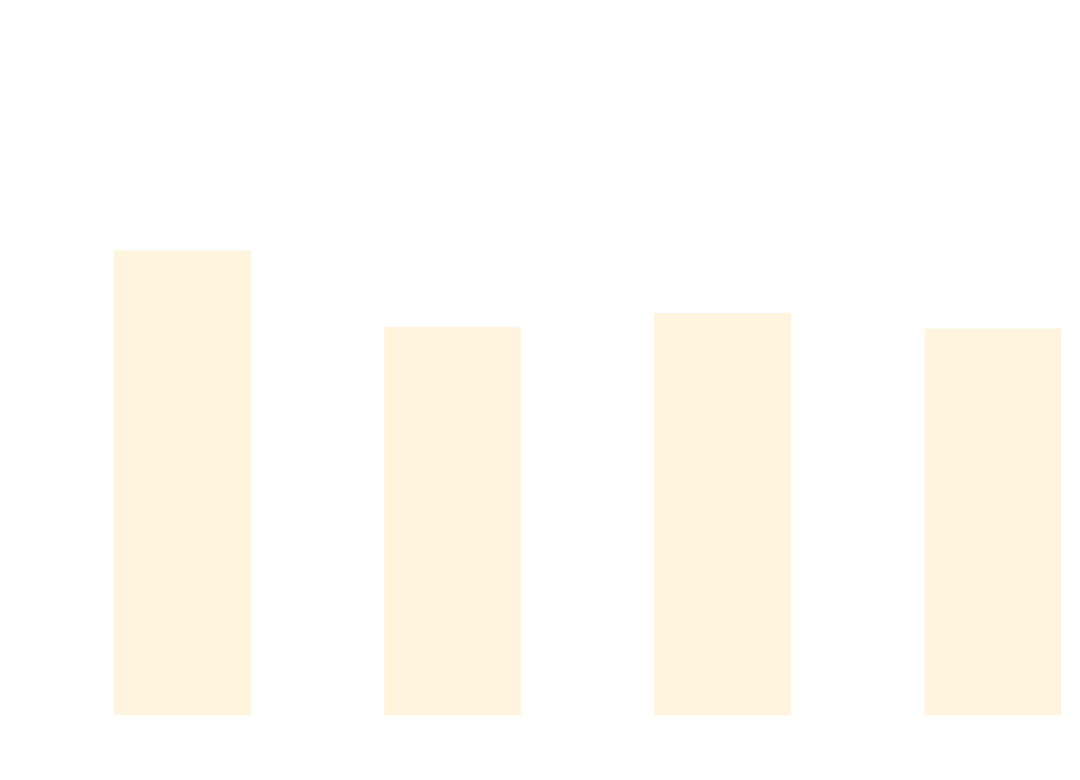
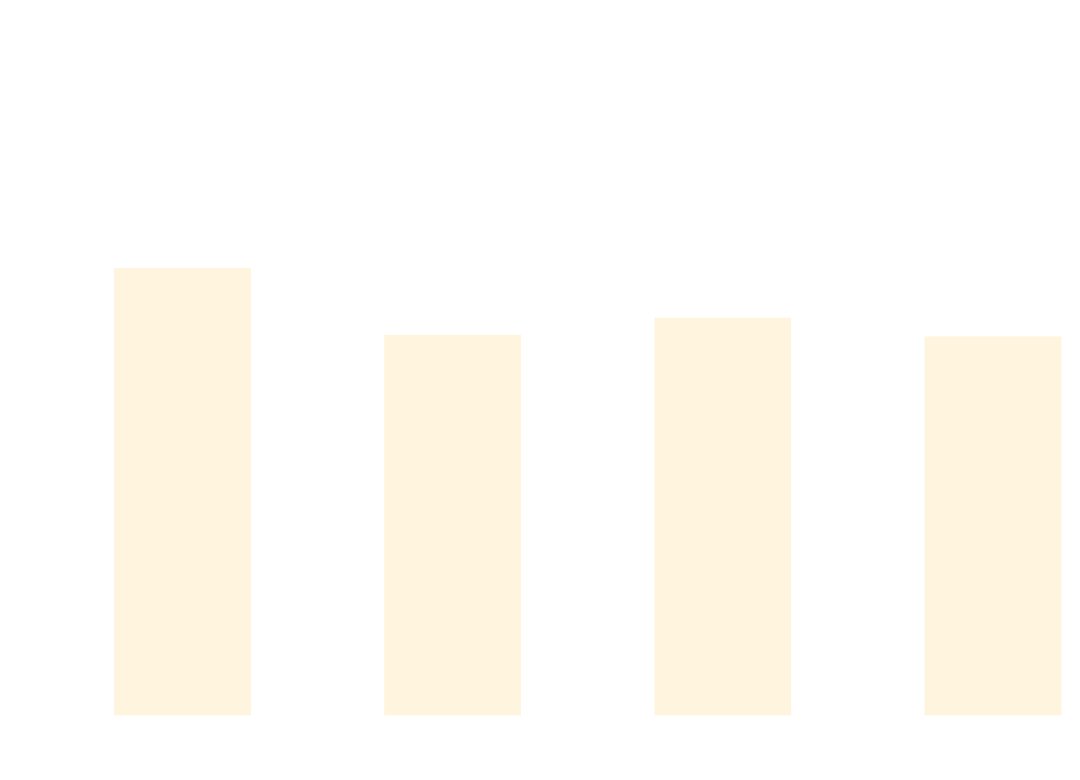
The diagram in docs/docs/benchmarks/BuildTime.md (thomhurst/TUnit), drawn with Mermaid before and after one commit. The commit also changed other lines of this file and 17 other files, not shown here.

````diff
--- a/docs/docs/benchmarks/BuildTime.md
+++ b/docs/docs/benchmarks/BuildTime.md
@@ -28,37 +28,37 @@
 ```mermaid
 %%{init: {
   'theme':'base',
   'themeVariables': {
     'primaryColor': '#2563eb',
     'primaryTextColor': '#ffffff',
     'primaryBorderColor': '#1e40af',
     'lineColor': '#6b7280',
     'secondaryColor': '#7c3aed',
     'tertiaryColor': '#dc2626',
     'background': '#ffffff',
     'mainBkg': '#2563eb',
     'secondBkg': '#7c3aed',
     'tertiaryBkg': '#dc2626',
     'clusterBkg': '#f3f4f6',
     'edgeLabelBackground': '#ffffff',
     'tertiaryTextColor': '#1f2937',
     'pie1': '#2563eb',
     'pie2': '#7c3aed',
     'pie3': '#dc2626',
     'pie4': '#f59e0b',
     'pie5': '#10b981',
     'pie6': '#06b6d4',
     'pie7': '#ec4899',
     'pie8': '#6366f1',
     'pie9': '#84cc16',
     'pie10': '#f97316',
     'pie11': '#14b8a6',
     'pie12': '#a855f7'
   }
 }}%%
 xychart-beta
   title "Build Time Comparison"
   x-axis ["Build_TUnit", "Build_NUnit", "Build_MSTest", "Build_xUnit3"]
   y-axis "Time (s)" 0 --> 3
-  bar [2.216, 1.842, 1.91, 1.833]
+  bar [2.129, 1.803, 1.886, 1.795]
 ```
````
